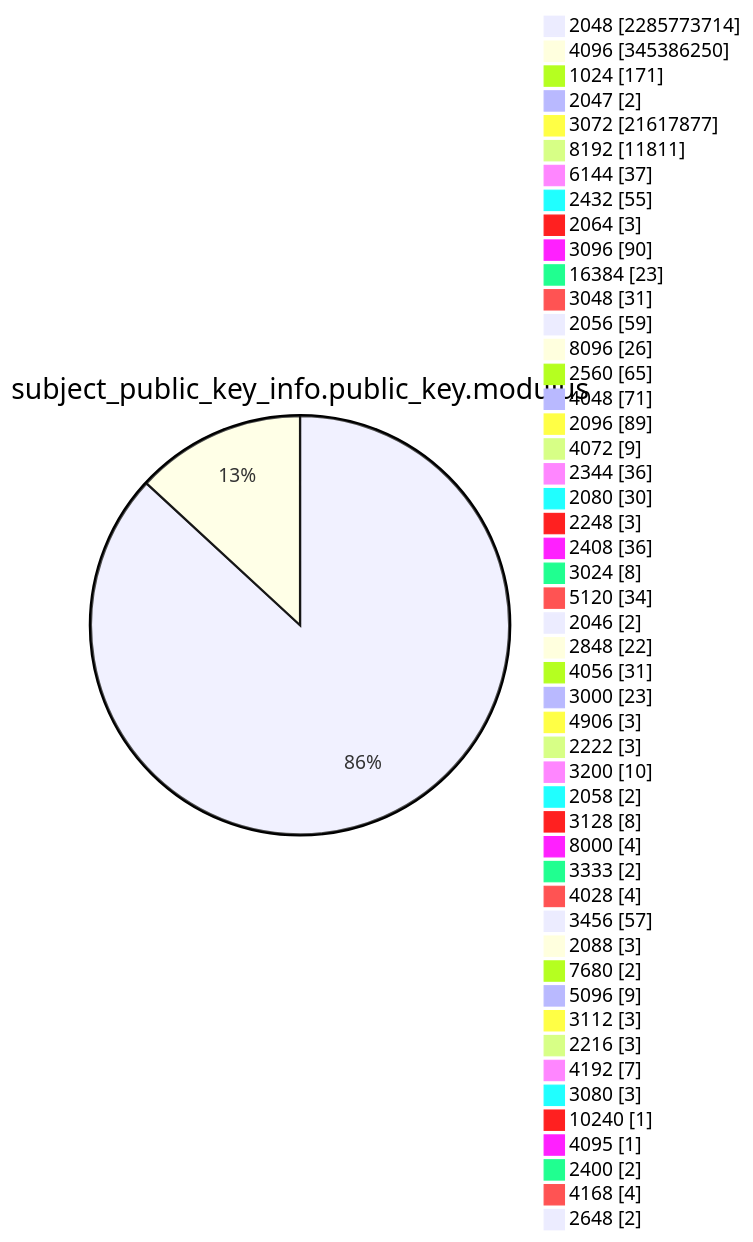
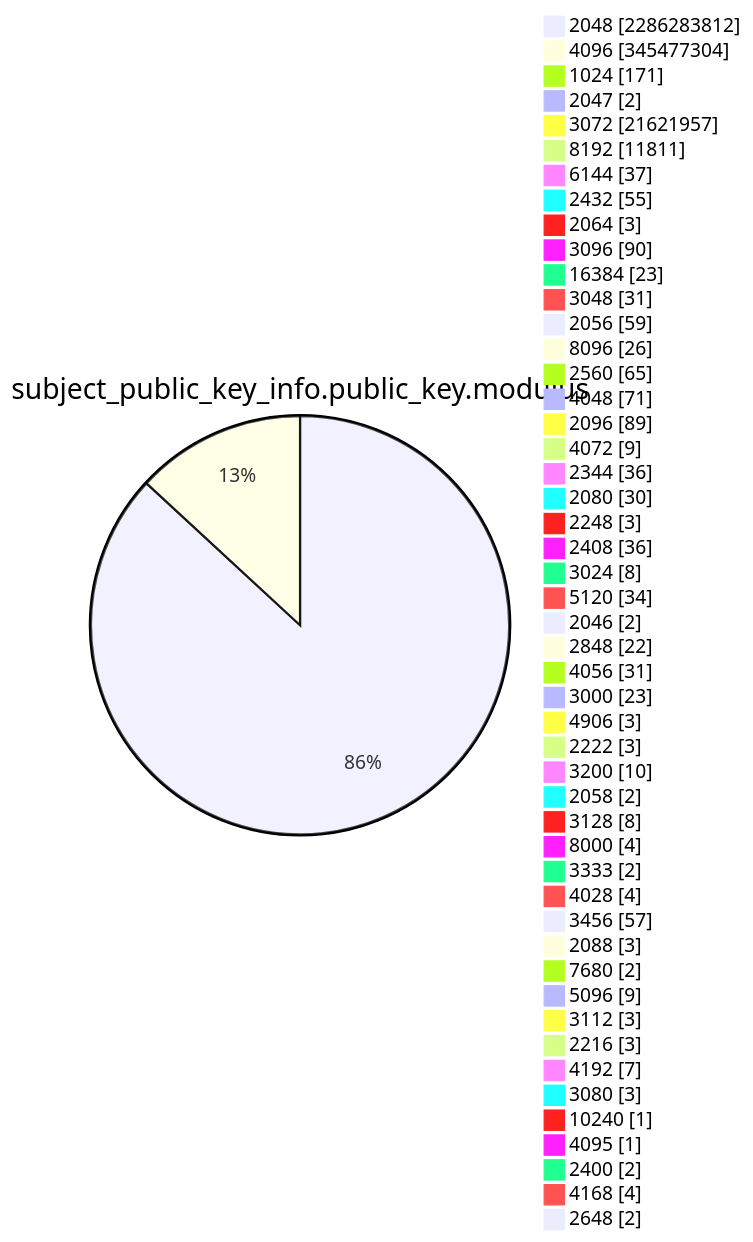
One commit to christiankrug/ctmonitor_visualization changed diagram 13 of 15 in TOTAL/README.md. Above: the diagram before and after it, drawn with Mermaid. The commit also changed other lines of this file, not shown here.

````diff
--- a/TOTAL/README.md
+++ b/TOTAL/README.md
@@ -4167,53 +4167,53 @@
 ```mermaid
 pie showData
 title subject_public_key_info.public_key.modulus
-"2048" :2285773714
-"4096" :345386250
+"2048" :2286283812
+"4096" :345477304
 "1024" :171
 "2047" :2
-"3072" :21617877
+"3072" :21621957
 "8192" :11811
 "6144" :37
 "2432" :55
 "2064" :3
 "3096" :90
 "16384" :23
 "3048" :31
 "2056" :59
 "8096" :26
 "2560" :65
 "4048" :71
 "2096" :89
 "4072" :9
 "2344" :36
 "2080" :30
 "2248" :3
 "2408" :36
 "3024" :8
 "5120" :34
 "2046" :2
 "2848" :22
 "4056" :31
 "3000" :23
 "4906" :3
 "2222" :3
 "3200" :10
 "2058" :2
 "3128" :8
 "8000" :4
 "3333" :2
 "4028" :4
 "3456" :57
 "2088" :3
 "7680" :2
 "5096" :9
 "3112" :3
 "2216" :3
 "4192" :7
 "3080" :3
 "10240" :1
 "4095" :1
 "2400" :2
 "4168" :4
 "2648" :2
 ```
````
